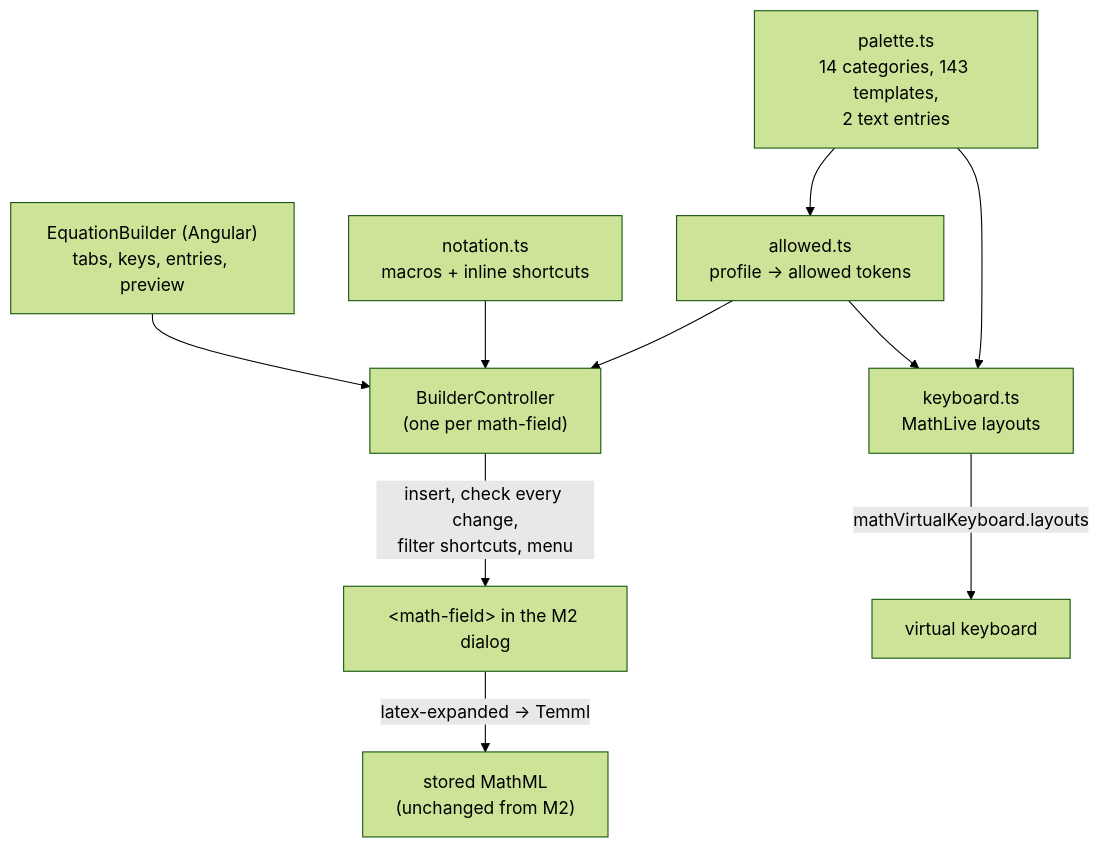
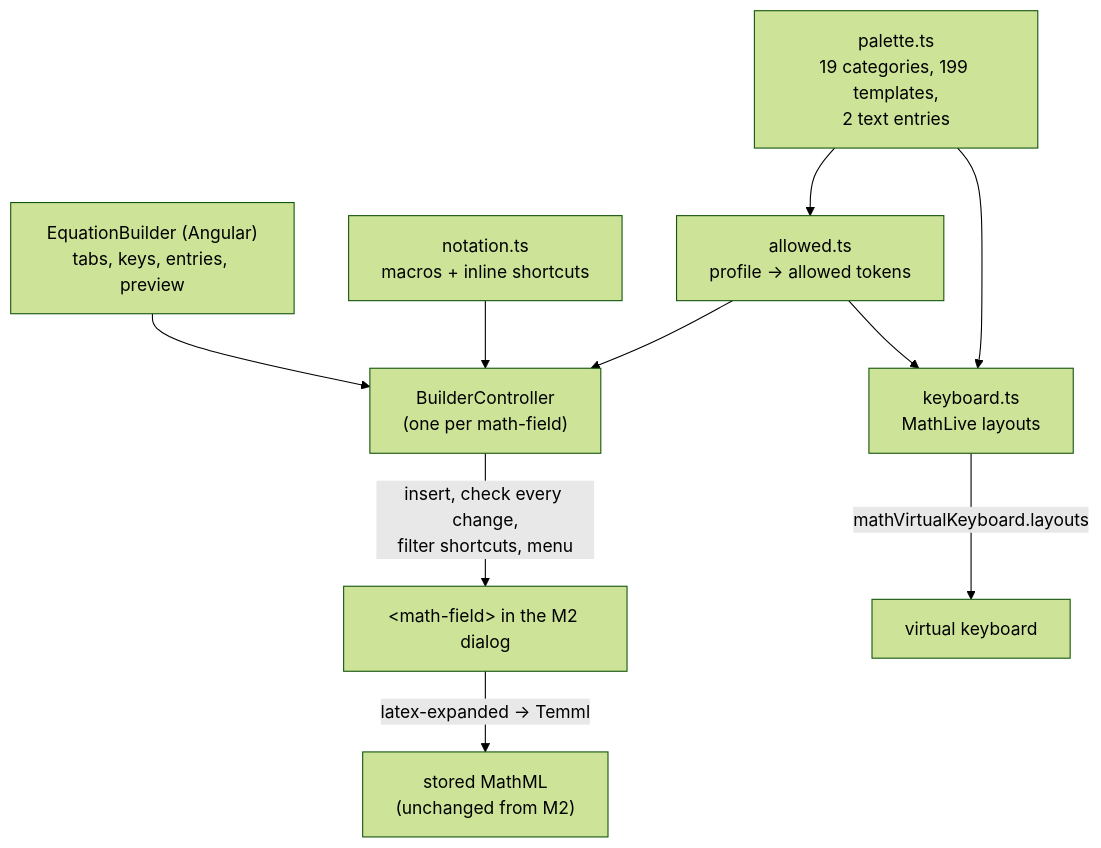
Before and after one commit to anthonysdj/mathlive-qti-eval: the diagram in docs/03-equation-builder.md, drawn with Mermaid (forest theme). The commit also changed other lines of this file and 25 other files, not shown here.

````diff
--- a/docs/03-equation-builder.md
+++ b/docs/03-equation-builder.md
@@ -19,12 +19,12 @@
 ```mermaid
 flowchart TB
-  P["palette.ts<br/>14 categories, 143 templates,<br/>2 text entries"] --> A["allowed.ts<br/>profile → allowed tokens"]
+  P["palette.ts<br/>19 categories, 199 templates,<br/>2 text entries"] --> A["allowed.ts<br/>profile → allowed tokens"]
   A --> C["BuilderController<br/>(one per math-field)"]
   P --> K["keyboard.ts<br/>MathLive layouts"]
   A --> K
   N["notation.ts<br/>macros + inline shortcuts"] --> C
   C -->|"insert, check every change,<br/>filter shortcuts, menu"| MF["&lt;math-field&gt; in the M2 dialog"]
   K -->|"mathVirtualKeyboard.layouts"| VK["virtual keyboard"]
   EB["EquationBuilder (Angular)<br/>tabs, keys, entries, preview"] --> C
   MF -->|"latex-expanded → Temml"| S["stored MathML<br/>(unchanged from M2)"]
 ```
````
